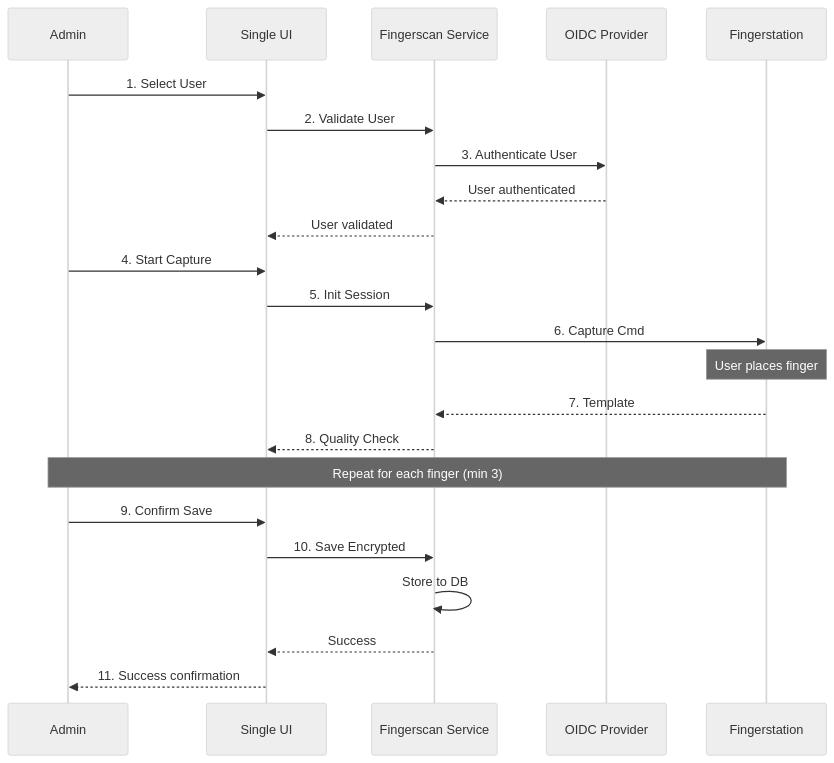
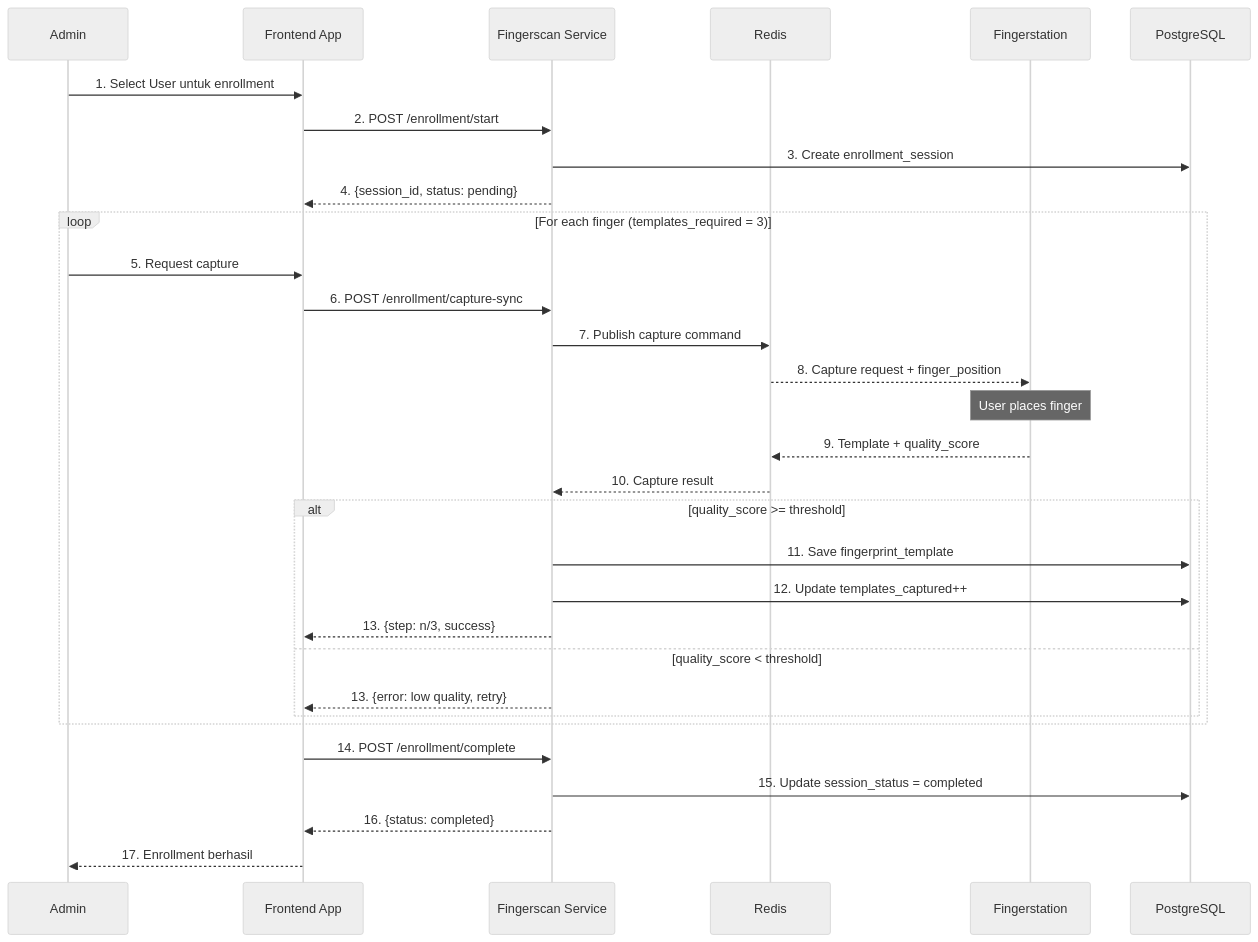
The seventh of 19 diagrams in docs/Fingerscan/FSD_Fingerscan_Biometrik.md (wisnu/ibank-docs), drawn with Mermaid (neutral theme) before and after one commit. The commit also changed other lines of this file, not shown here.

Commit message:
feat:  Update Fingerscan documentation from app repo

````diff
--- a/docs/Fingerscan/FSD_Fingerscan_Biometrik.md
+++ b/docs/Fingerscan/FSD_Fingerscan_Biometrik.md
@@ -646,31 +657,39 @@
 ```mermaid
 sequenceDiagram
     participant Admin
-    participant Portal as Single UI
+    participant Portal as Frontend App
     participant Service as Fingerscan Service
-    participant OIDC as OIDC Provider
+    participant Redis
     participant Station as Fingerstation
-    
-    Admin->>Portal: 1. Select User
-    Portal->>Service: 2. Validate User
-    Service->>OIDC: 3. Authenticate User
-    OIDC-->>Service: User authenticated
-    Service-->>Portal: User validated
-    
-    Admin->>Portal: 4. Start Capture
-    Portal->>Service: 5. Init Session
-    Service->>Station: 6. Capture Cmd
-    
-    Note over Station: User places finger
-    
-    Station-->>Service: 7. Template
-    Service-->>Portal: 8. Quality Check
-    
-    Note over Admin,Station: Repeat for each finger (min 3)
-    
-    Admin->>Portal: 9. Confirm Save
-    Portal->>Service: 10. Save Encrypted
-    Service->>Service: Store to DB
-    Service-->>Portal: Success
-    Portal-->>Admin: 11. Success confirmation
+    participant DB as PostgreSQL
+
+    Admin->>Portal: 1. Select User untuk enrollment
+    Portal->>Service: 2. POST /enrollment/start
+    Service->>DB: 3. Create enrollment_session
+    Service-->>Portal: 4. {session_id, status: pending}
+
+    loop For each finger (templates_required = 3)
+        Admin->>Portal: 5. Request capture
+        Portal->>Service: 6. POST /enrollment/capture-sync
+        Service->>Redis: 7. Publish capture command
+        Redis-->>Station: 8. Capture request + finger_position
+
+        Note over Station: User places finger
+
+        Station-->>Redis: 9. Template + quality_score
+        Redis-->>Service: 10. Capture result
+
+        alt quality_score >= threshold
+            Service->>DB: 11. Save fingerprint_template
+            Service->>DB: 12. Update templates_captured++
+            Service-->>Portal: 13. {step: n/3, success}
+        else quality_score < threshold
+            Service-->>Portal: 13. {error: low quality, retry}
+        end
+    end
+
+    Portal->>Service: 14. POST /enrollment/complete
+    Service->>DB: 15. Update session_status = completed
+    Service-->>Portal: 16. {status: completed}
+    Portal-->>Admin: 17. Enrollment berhasil
 ```
````
